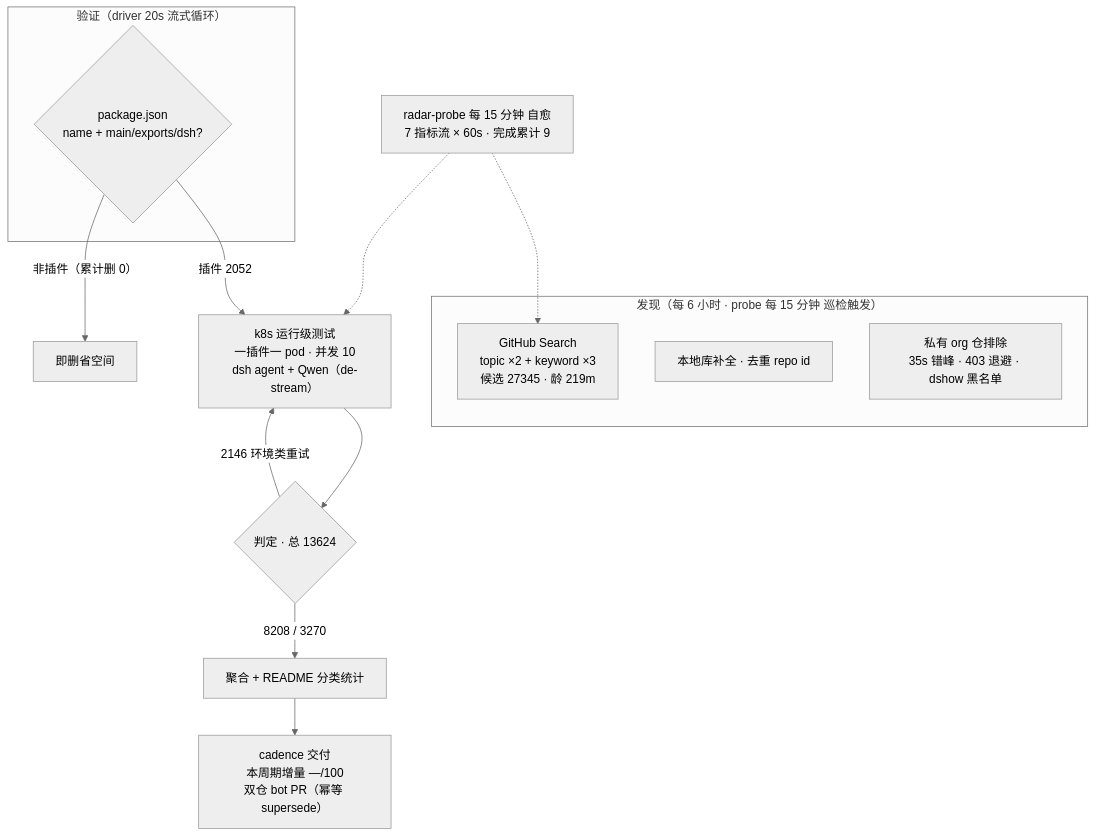
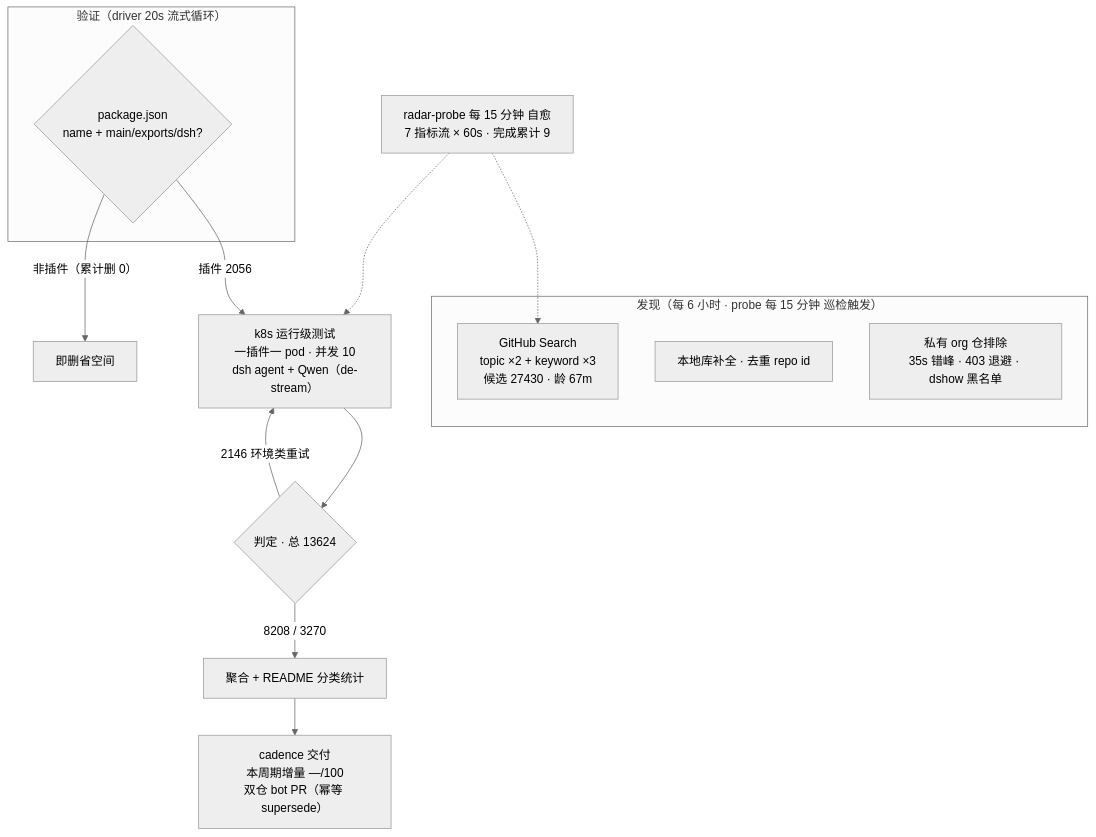
One commit to Zhidao-Lab-OSS/awesome-dsh-plugins changed the diagram in README.md. Above: the diagram before and after it, drawn with Mermaid (neutral theme). The commit also changed other lines of this file and 1 other file, not shown here.

````diff
--- a/README.md
+++ b/README.md
@@ -54,20 +54,20 @@
 ```mermaid
 flowchart TB
     subgraph Discovery["发现（每 6 小时 · probe 每 15 分钟 巡检触发）"]
-        A1["GitHub Search<br/>topic ×2 + keyword ×3<br/>候选 27345 · 龄 219m"]
+        A1["GitHub Search<br/>topic ×2 + keyword ×3<br/>候选 27430 · 龄 67m"]
         A2["本地库补全 · 去重 repo id"]
         A3["私有 org 仓排除<br/>35s 错峰 · 403 退避 · dshow 黑名单"]
     end
     subgraph Validation["验证（driver 20s 流式循环）"]
         B1{"package.json<br/>name + main/exports/dsh?"}
     end
-    B1 -->|"插件 2052"| C1["k8s 运行级测试<br/>一插件一 pod · 并发 10<br/>dsh agent + Qwen（de-stream）"]
+    B1 -->|"插件 2056"| C1["k8s 运行级测试<br/>一插件一 pod · 并发 10<br/>dsh agent + Qwen（de-stream）"]
     B1 -->|"非插件（累计删 0）"| B3["即删省空间"]
     C1 --> D1{"判定 · 总 13624"}
     D1 -->|"8208 / 3270"| E1["聚合 + README 分类统计"]
     D1 -->|"2146 环境类重试"| C1
     E1 --> E2["cadence 交付<br/>本周期增量 —/100<br/>双仓 bot PR（幂等 supersede）"]
     M["radar-probe 每 15 分钟 自愈<br/>7 指标流 × 60s · 完成累计 9"]
     M -.-> A1
     M -.-> C1
 ```
````
